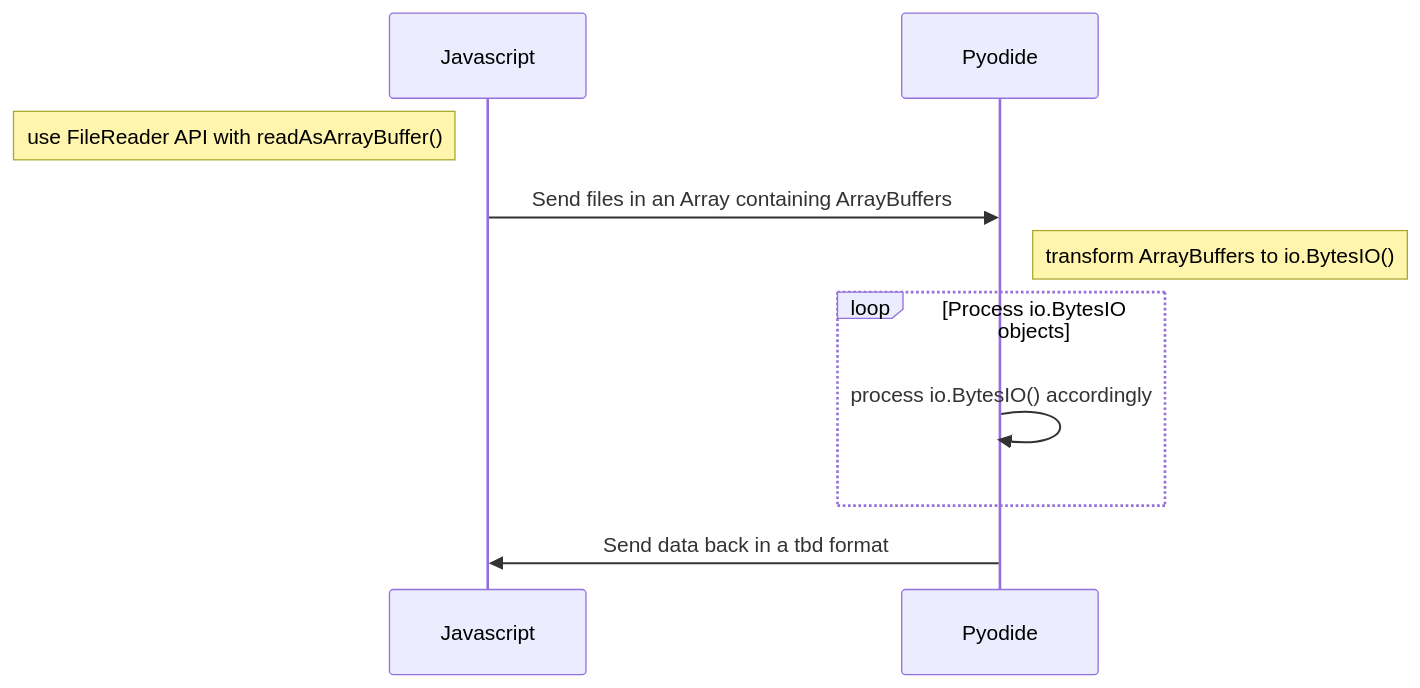
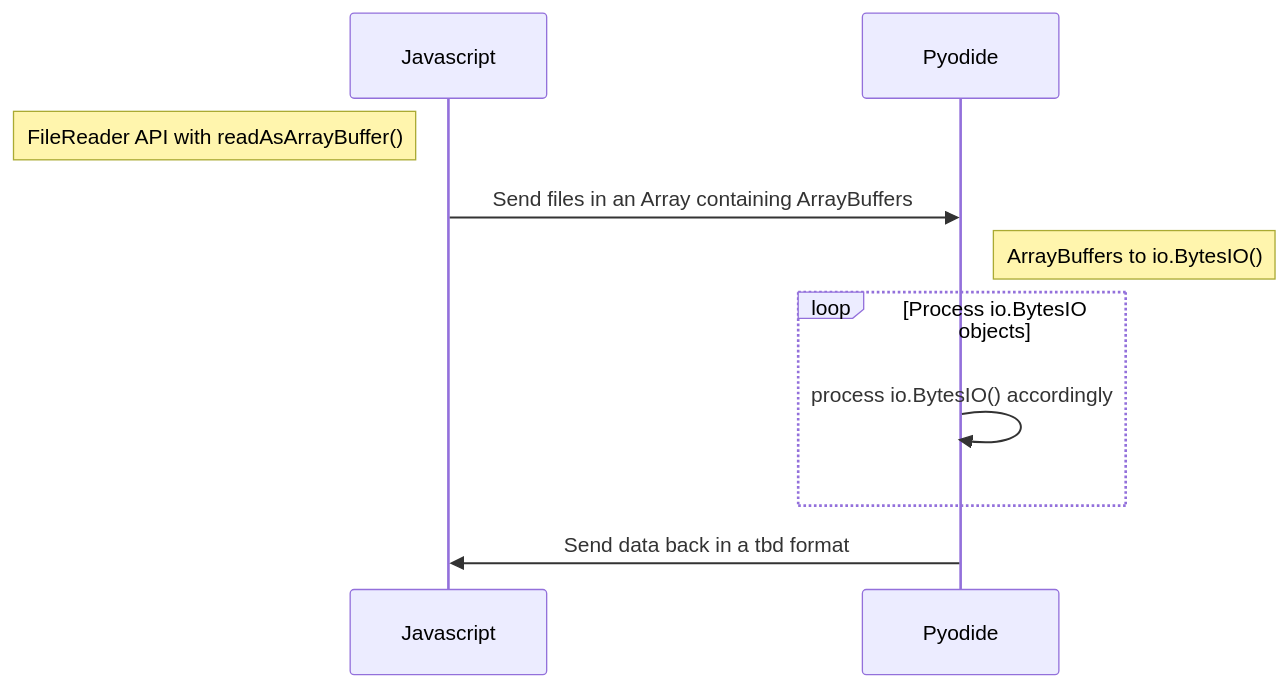
Before and after one commit to trbKnl/Pyodide-Javascript-Filehandeling: the diagram in README.md, drawn with Mermaid. The commit also changed other lines of this file, not shown here.

````diff
--- a/README.md
+++ b/README.md
@@ -7,12 +7,12 @@
 ```mermaid
 sequenceDiagram
     participant J as Javascript
     participant P as Pyodide
-    Note left of J: use FileReader API with readAsArrayBuffer()
+    Note left of J: FileReader API with readAsArrayBuffer()
     J->>P: Send files in an Array containing ArrayBuffers 
-    Note right of P: transform ArrayBuffers to io.BytesIO()
+    Note right of P: ArrayBuffers to io.BytesIO()
     loop Process io.BytesIO objects
        P->>P: process io.BytesIO() accordingly
     end
     P->>J: Send data back in a tbd format
 ```
````
